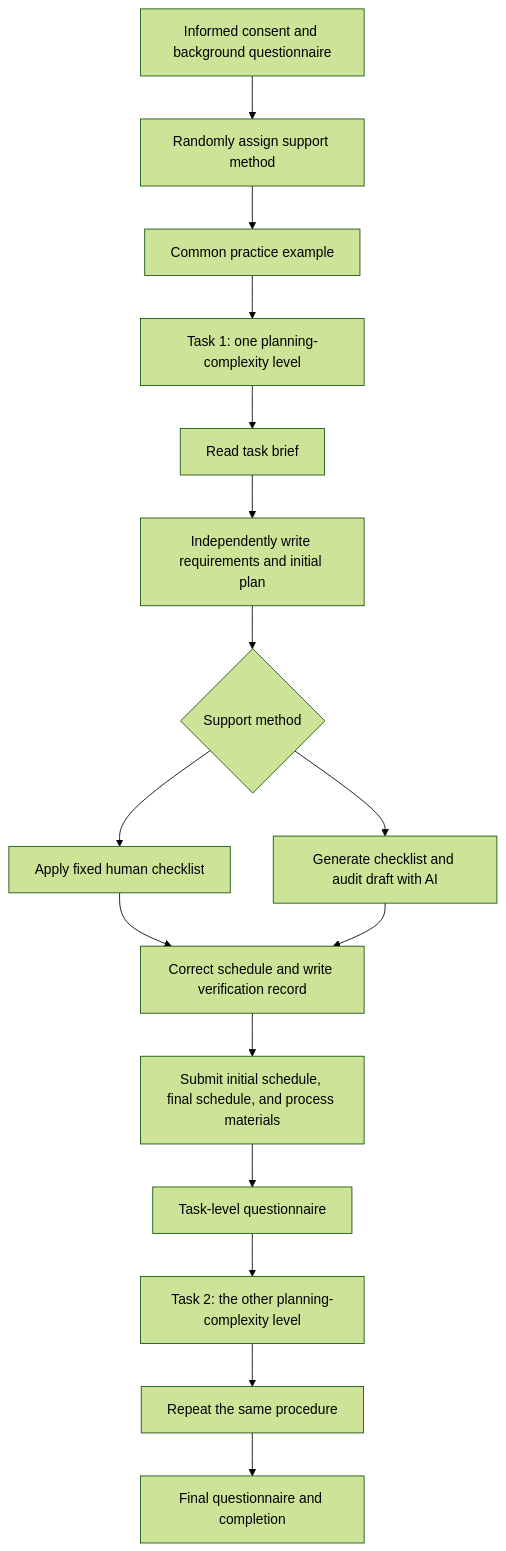
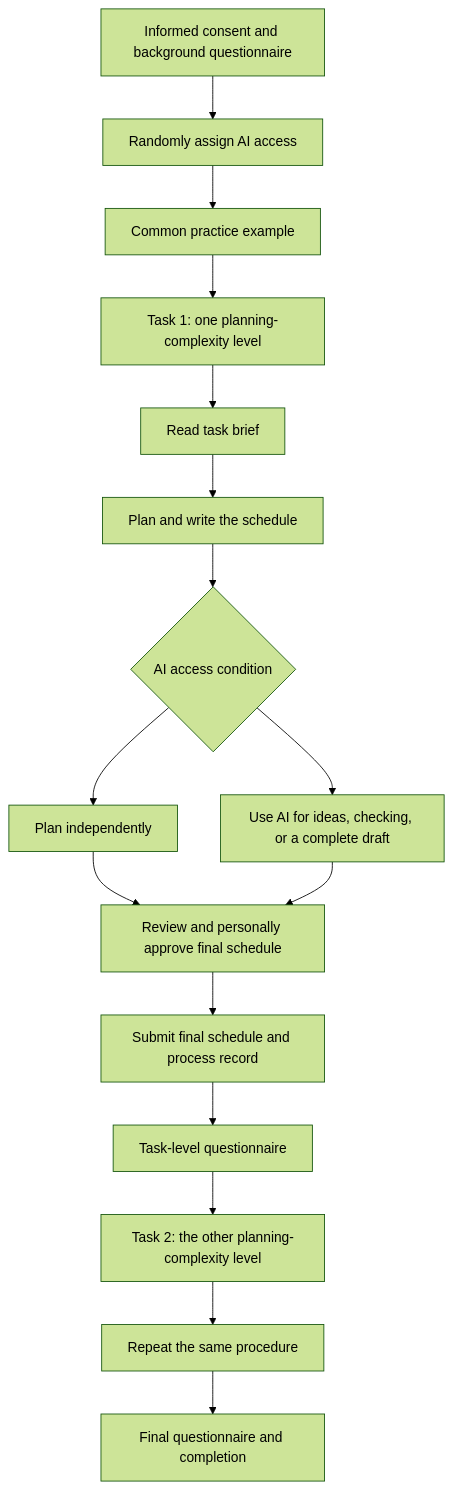
The second of 4 diagrams in README.md (coco123-123/ADS401.G.github.io), drawn with Mermaid (forest theme) before and after one commit. The commit also changed other lines of this file, not shown here.

````diff
--- a/README.md
+++ b/README.md
@@ -355,18 +364,18 @@
 ```mermaid
 flowchart TD
-    A[Informed consent and background questionnaire] --> B[Randomly assign support method]
+    A[Informed consent and background questionnaire] --> B[Randomly assign AI access]
     B --> C[Common practice example]
     C --> D[Task 1: one planning-complexity level]
     D --> E1[Read task brief]
-    E1 --> E2[Independently write requirements and initial plan]
-    E2 --> E3{Support method}
-    E3 --> F1[Apply fixed human checklist]
-    E3 --> F2[Generate checklist and audit draft with AI]
-    F1 --> G[Correct schedule and write verification record]
+    E1 --> E2[Plan and write the schedule]
+    E2 --> E3{AI access condition}
+    E3 --> F1[Plan independently]
+    E3 --> F2[Use AI for ideas, checking, or a complete draft]
+    F1 --> G[Review and personally approve final schedule]
     F2 --> G
-    G --> H[Submit initial schedule, final schedule, and process materials]
+    G --> H[Submit final schedule and process record]
     H --> I[Task-level questionnaire]
     I --> J[Task 2: the other planning-complexity level]
     J --> K[Repeat the same procedure]
     K --> L[Final questionnaire and completion]
 ```
````
